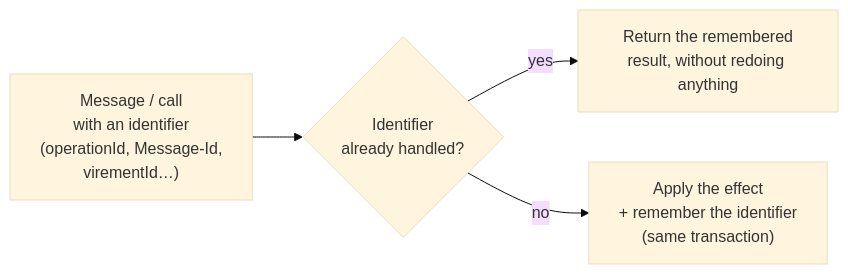
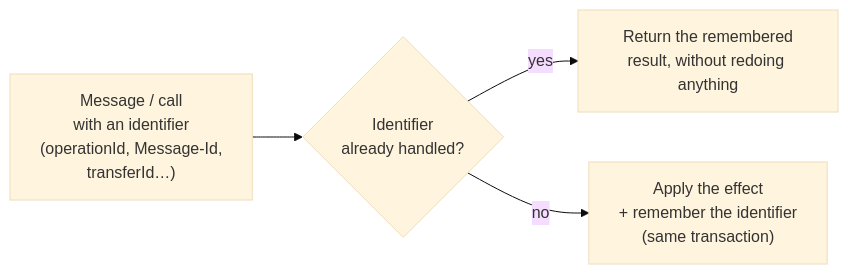
One commit to drangoht/ArchitecturesDemo changed the first of 7 diagrams in Docs/en/concepts-transverses.md. Above: the diagram before and after it, drawn with Mermaid (base theme). The commit also changed other lines of this file and 78 other files, not shown here.

First line of the commit message:
Docs EN : identifiants, liens, diagrammes et sorties alignés sur le code anglais

````diff
--- a/Docs/en/concepts-transverses.md
+++ b/Docs/en/concepts-transverses.md
@@ -27,6 +27,6 @@
 ```mermaid
 flowchart LR
-    A["Message / call<br/>with an identifier<br/>(operationId, Message-Id,<br/>virementId…)"] --> B{"Identifier<br/>already handled?"}
+    A["Message / call<br/>with an identifier<br/>(operationId, Message-Id,<br/>transferId…)"] --> B{"Identifier<br/>already handled?"}
     B -->|"yes"| C["Return the remembered<br/>result, without redoing anything"]
     B -->|"no"| D["Apply the effect<br/>+ remember the identifier<br/>(same transaction)"]
 ```
````
